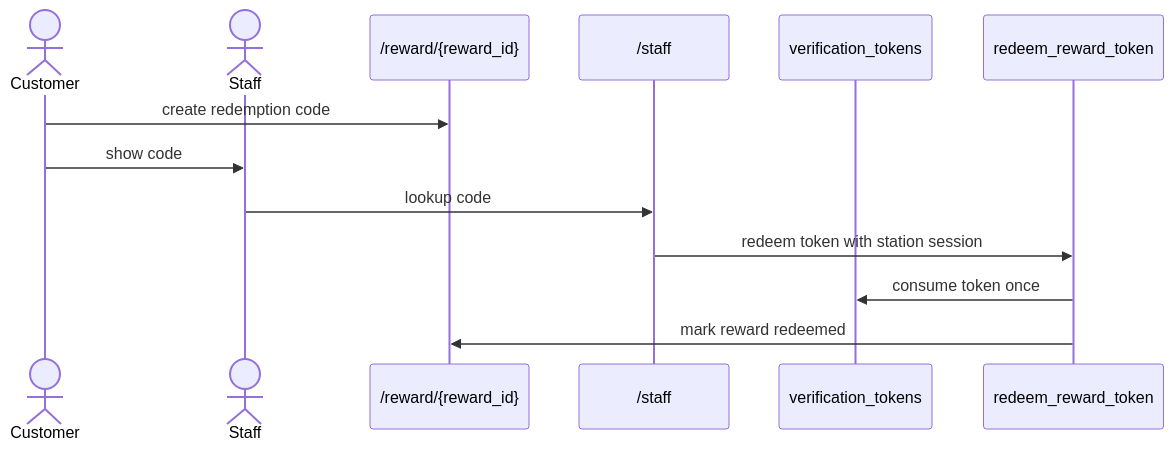
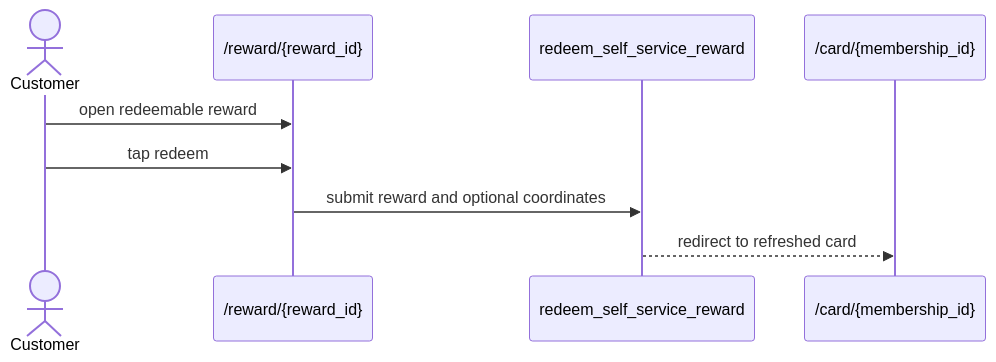
One commit to lapeninns/nabaperks changed the fifth of 5 diagrams in docs/ARCHITECTURE.md. Above: the diagram before and after it, drawn with Mermaid. The commit also changed other lines of this file and 219 other files, not shown here.

````diff
--- a/docs/ARCHITECTURE.md
+++ b/docs/ARCHITECTURE.md
@@ -186,15 +156,11 @@
 ```mermaid
 sequenceDiagram
   actor Customer
-  actor Staff
   participant Reward as /reward/{reward_id}
-  participant Station as /staff
-  participant Token as verification_tokens
-  participant RPC as redeem_reward_token
-  Customer->>Reward: create redemption code
-  Customer->>Staff: show code
-  Staff->>Station: lookup code
-  Station->>RPC: redeem token with station session
-  RPC->>Token: consume token once
-  RPC->>Reward: mark reward redeemed
+  participant RPC as redeem_self_service_reward
+  participant Card as /card/{membership_id}
+  Customer->>Reward: open redeemable reward
+  Customer->>Reward: tap redeem
+  Reward->>RPC: submit reward and optional coordinates
+  RPC-->>Card: redirect to refreshed card
 ```
````
